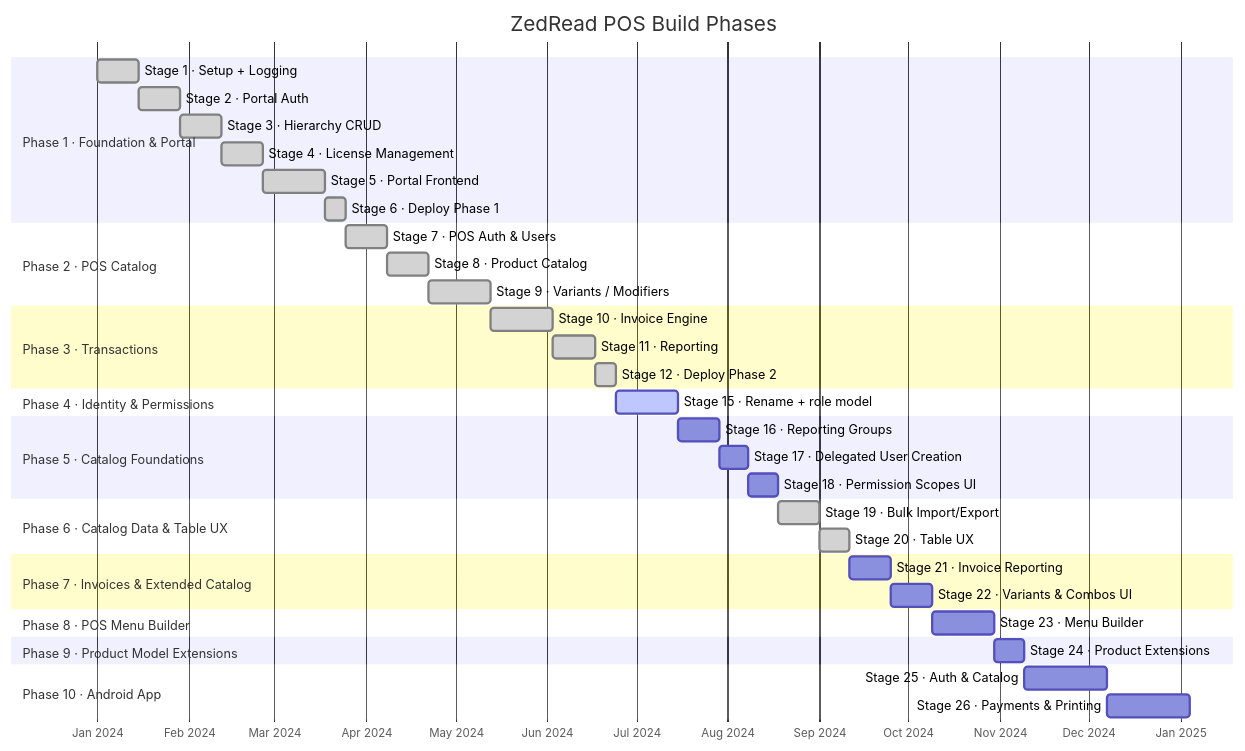
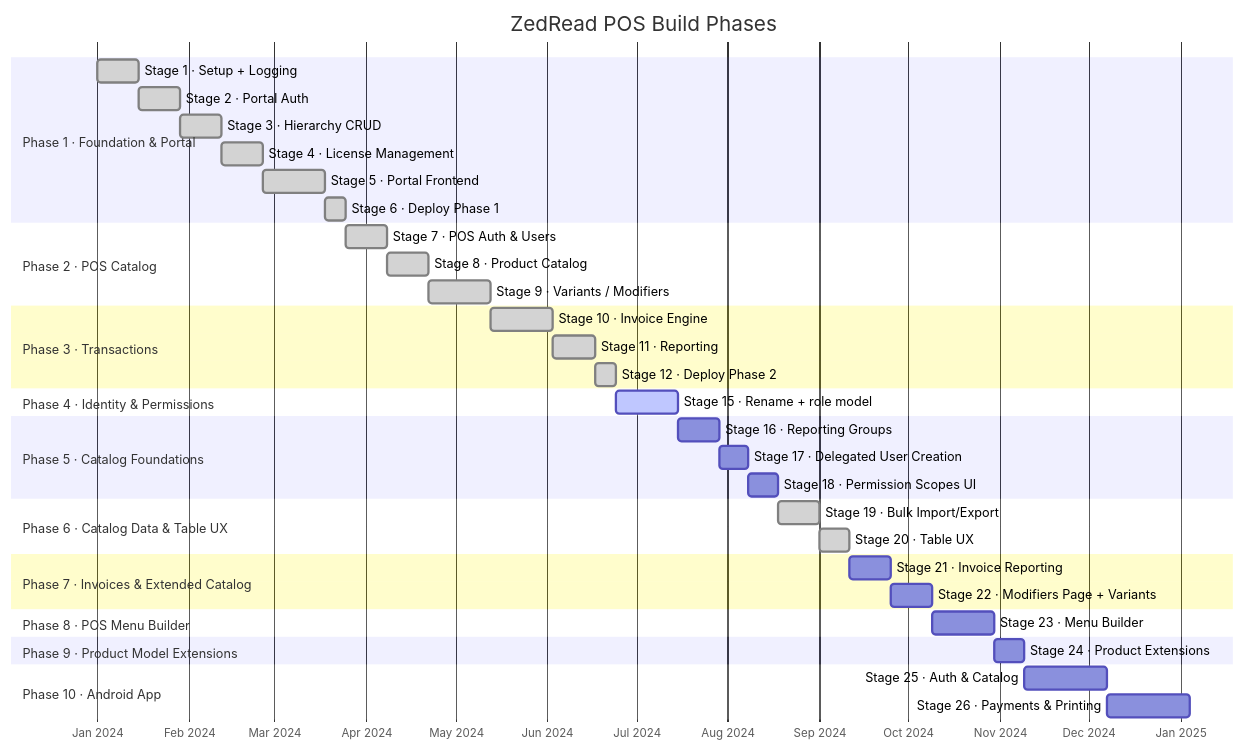
One commit to haydendavies-jpg/ZedRead changed the diagram in ROADMAP.md. Above: the diagram before and after it, drawn with Mermaid. The commit also changed other lines of this file and 7 other files, not shown here.

First line of the commit message:
Redraft Stage 22: Modifiers get their own portal page, Variants go inline, Combos dropped

````diff
--- a/ROADMAP.md
+++ b/ROADMAP.md
@@ -9,50 +9,50 @@
 ```mermaid
 gantt
     title ZedRead POS Build Phases
     dateFormat  YYYY-MM-DD
     axisFormat %b %Y
 
     section Phase 1 · Foundation & Portal
     Stage 1 · Setup + Logging        :done, s1, 2024-01-01, 14d
     Stage 2 · Portal Auth            :done, s2, after s1, 14d
     Stage 3 · Hierarchy CRUD         :done, s3, after s2, 14d
     Stage 4 · License Management     :done, s4, after s3, 14d
     Stage 5 · Portal Frontend        :done, s5, after s4, 21d
     Stage 6 · Deploy Phase 1         :done, s6, after s5, 7d
 
     section Phase 2 · POS Catalog
     Stage 7 · POS Auth & Users       :done, s7, after s6, 14d
     Stage 8 · Product Catalog        :done, s8, after s7, 14d
     Stage 9 · Variants / Modifiers   :done, s9, after s8, 21d
 
     section Phase 3 · Transactions
     Stage 10 · Invoice Engine        :done, s10, after s9, 21d
     Stage 11 · Reporting             :done, s11, after s10, 14d
     Stage 12 · Deploy Phase 2        :done, s12, after s11, 7d
 
     section Phase 4 · Identity & Permissions
     Stage 15 · Rename + role model   :active, s15, after s12, 21d
 
     section Phase 5 · Catalog Foundations
     Stage 16 · Reporting Groups      :s16, after s15, 14d
     Stage 17 · Delegated User Creation :s17, after s16, 10d
     Stage 18 · Permission Scopes UI  :s18, after s17, 10d
 
     section Phase 6 · Catalog Data & Table UX
     Stage 19 · Bulk Import/Export    :done, s19, after s18, 14d
     Stage 20 · Table UX              :done, s20, after s19, 10d
 
     section Phase 7 · Invoices & Extended Catalog
     Stage 21 · Invoice Reporting     :s21, after s20, 14d
-    Stage 22 · Variants & Combos UI  :s22, after s21, 14d
+    Stage 22 · Modifiers Page + Variants :s22, after s21, 14d
 
     section Phase 8 · POS Menu Builder
     Stage 23 · Menu Builder          :s23, after s22, 21d
 
     section Phase 9 · Product Model Extensions
     Stage 24 · Product Extensions    :s24, after s23, 10d
 
     section Phase 10 · Android App
     Stage 25 · Auth & Catalog        :s25, after s24, 28d
     Stage 26 · Payments & Printing   :s26, after s25, 28d
 ```
````
